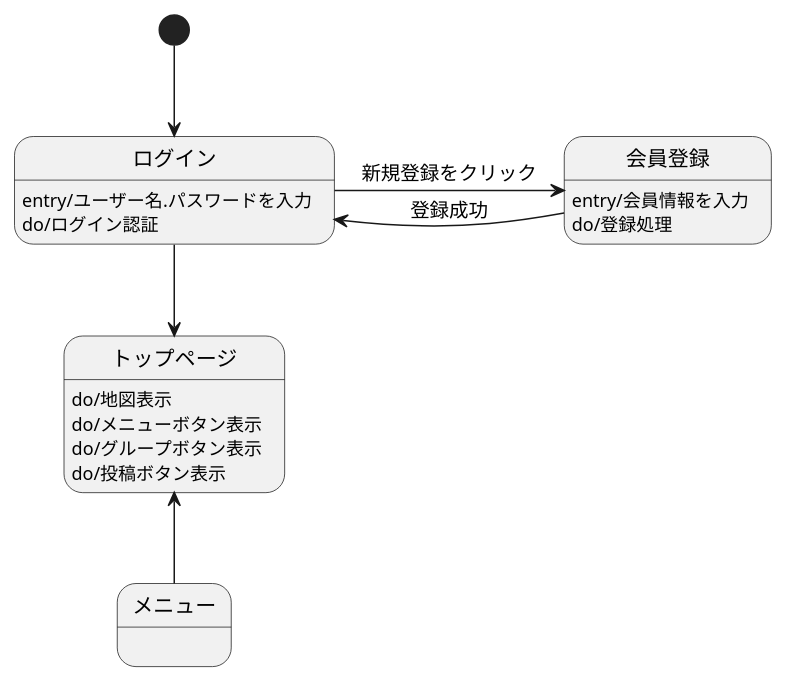
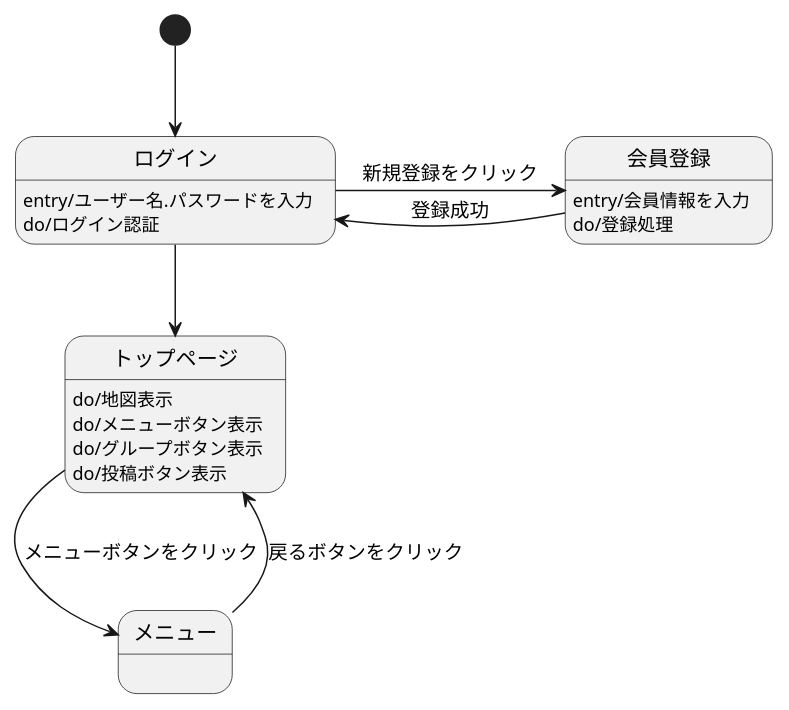
The diagram in 03_画面遷移図/画面遷移図.md (Aso2001031/System4_ver2.0), drawn with PlantUML before and after one commit.

````diff
--- a/03_画面遷移図/画面遷移図.md
+++ b/03_画面遷移図/画面遷移図.md
@@ -1,24 +1,26 @@
 ```uml
 @startuml
 
 [*] -down-> ログイン
 
 トップページ : do/地図表示
 トップページ : do/メニューボタン表示
 トップページ : do/グループボタン表示
 トップページ : do/投稿ボタン表示
+トップページ -down-> メニュー : メニューボタンをクリック
+
 
 ログイン -down-> トップページ
 ログイン : entry/ユーザー名.パスワードを入力 
 ログイン : do/ログイン認証 
 ログイン -> 会員登録 : 新規登録をクリック
 
 会員登録 -> ログイン : 登録成功
 会員登録 : entry/会員情報を入力 
 会員登録 : do/登録処理
 
-メニュー -up-> トップページ
+メニュー -up-> トップページ : 戻るボタンをクリック
 メニュー : 
 
 @enduml
 ```
````
